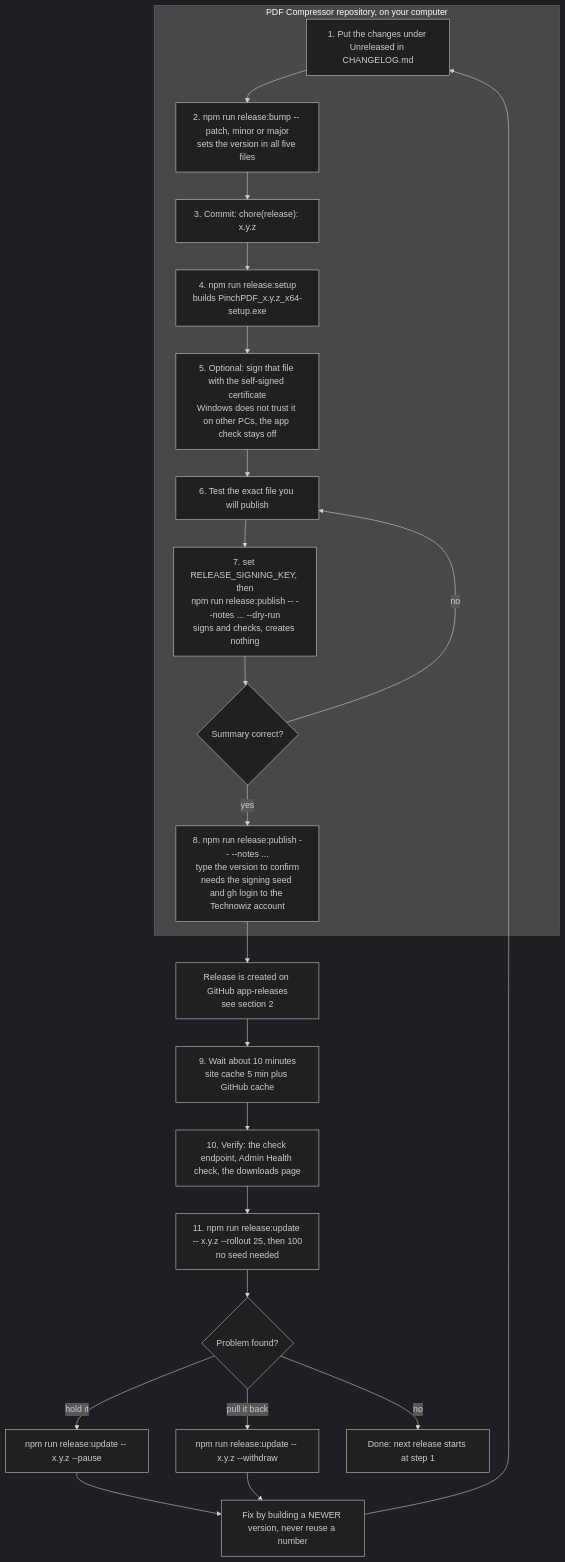
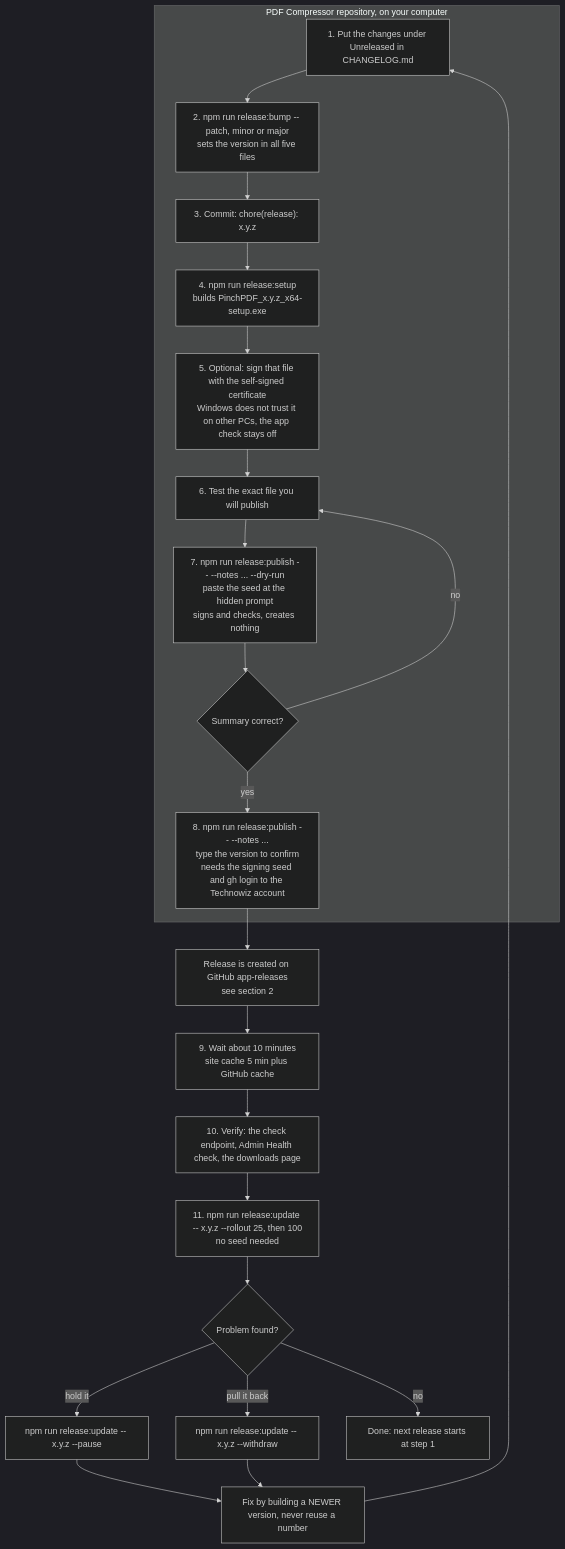
One commit to technowizsolutionsllp/TWS-Website changed the first of 6 diagrams in docs/UPDATE_FLOW.md. Above: the diagram before and after it, drawn with Mermaid (dark theme). The commit also changed other lines of this file and 7 other files, not shown here.

First line of the commit message:
Ask for the signing seed at a hidden prompt; remove RELEASE_SIGNING_KEY and --key-file

````diff
--- a/docs/UPDATE_FLOW.md
+++ b/docs/UPDATE_FLOW.md
@@ -13,25 +13,25 @@
 ```mermaid
 flowchart TD
     subgraph Repo["PDF Compressor repository, on your computer"]
       A["1. Put the changes under Unreleased in CHANGELOG.md"] --> B["2. npm run release:bump -- patch, minor or major<br/>sets the version in all five files"]
       B --> C["3. Commit: chore(release): x.y.z"]
       C --> D["4. npm run release:setup<br/>builds PinchPDF_x.y.z_x64-setup.exe"]
       D --> E["5. Optional: sign that file with the self-signed certificate<br/>Windows does not trust it on other PCs, the app check stays off"]
       E --> F["6. Test the exact file you will publish"]
-      F --> G["7. set RELEASE_SIGNING_KEY, then<br/>npm run release:publish -- --notes ... --dry-run<br/>signs and checks, creates nothing"]
+      F --> G["7. npm run release:publish -- --notes ... --dry-run<br/>paste the seed at the hidden prompt<br/>signs and checks, creates nothing"]
       G --> H{"Summary correct?"}
       H -- "no" --> F
       H -- "yes" --> I["8. npm run release:publish -- --notes ...<br/>type the version to confirm<br/>needs the signing seed and gh login to the Technowiz account"]
     end
     I --> J["Release is created on GitHub app-releases<br/>see section 2"]
     J --> K["9. Wait about 10 minutes<br/>site cache 5 min plus GitHub cache"]
     K --> L["10. Verify: the check endpoint, Admin Health check, the downloads page"]
     L --> M["11. npm run release:update -- x.y.z --rollout 25, then 100<br/>no seed needed"]
     M --> N{"Problem found?"}
     N -- "hold it" --> O["npm run release:update -- x.y.z --pause"]
     N -- "pull it back" --> P["npm run release:update -- x.y.z --withdraw"]
     N -- "no" --> R["Done: next release starts at step 1"]
     O --> Q["Fix by building a NEWER version, never reuse a number"]
     P --> Q
     Q --> A
 ```
````
